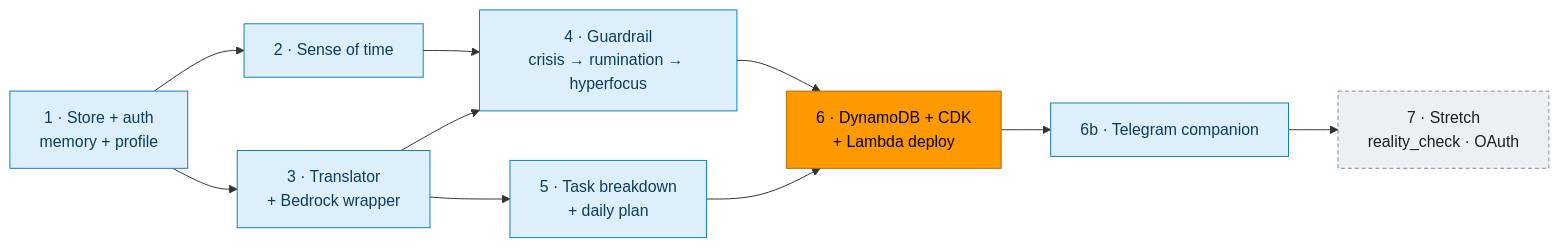
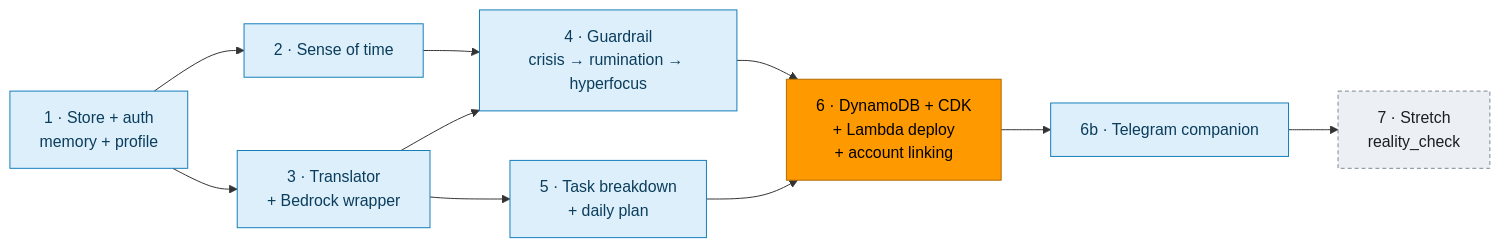
Before and after one commit to navinrc/NeuroCare: diagram 11 of 11 in docs/spec.md, drawn with Mermaid. The commit also changed other lines of this file and 4 other files, not shown here.

First line of the commit message:
docs: meet Alexa+ 500 ms latency and OAuth account linking requirements

````diff
--- a/docs/spec.md
+++ b/docs/spec.md
@@ -949,20 +1005,20 @@
 ```mermaid
 flowchart LR
     P1[1 · Store + auth<br/>memory + profile] --> P2[2 · Sense of time]
     P1 --> P3[3 · Translator<br/>+ Bedrock wrapper]
     P2 --> P4[4 · Guardrail<br/>crisis → rumination → hyperfocus]
     P3 --> P4
     P3 --> P5[5 · Task breakdown<br/>+ daily plan]
-    P4 --> P6[6 · DynamoDB + CDK<br/>+ Lambda deploy]
+    P4 --> P6[6 · DynamoDB + CDK<br/>+ Lambda deploy<br/>+ account linking]
     P5 --> P6
     P6 --> P6B[6b · Telegram companion]
-    P6B --> P7[7 · Stretch<br/>reality_check · OAuth]
+    P6B --> P7[7 · Stretch<br/>reality_check]
 
     classDef mvp fill:#DCEFFB,stroke:#147EBA,color:#0B3D5C
     classDef aws fill:#FF9900,stroke:#B36B00,color:#000000
     classDef stretch fill:#ECEFF4,stroke:#7D8998,color:#1B1F24,stroke-dasharray:4 3
     class P1,P2,P3,P4,P5 mvp
     class P6 aws
     class P6B mvp
     class P7 stretch
 ```
````
